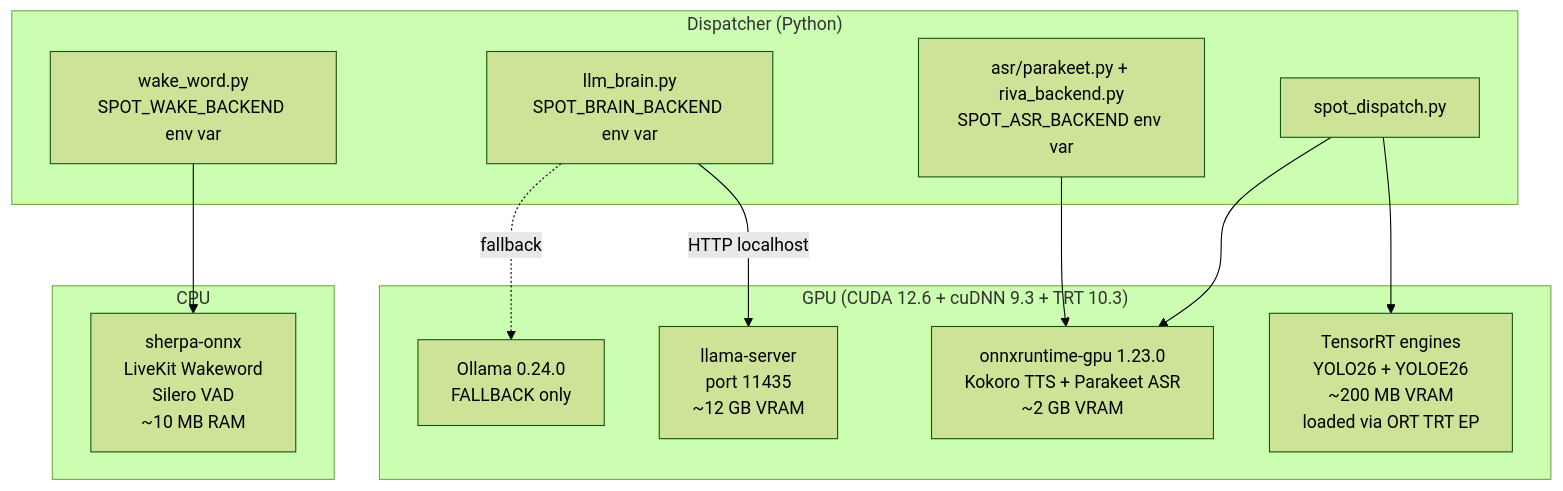
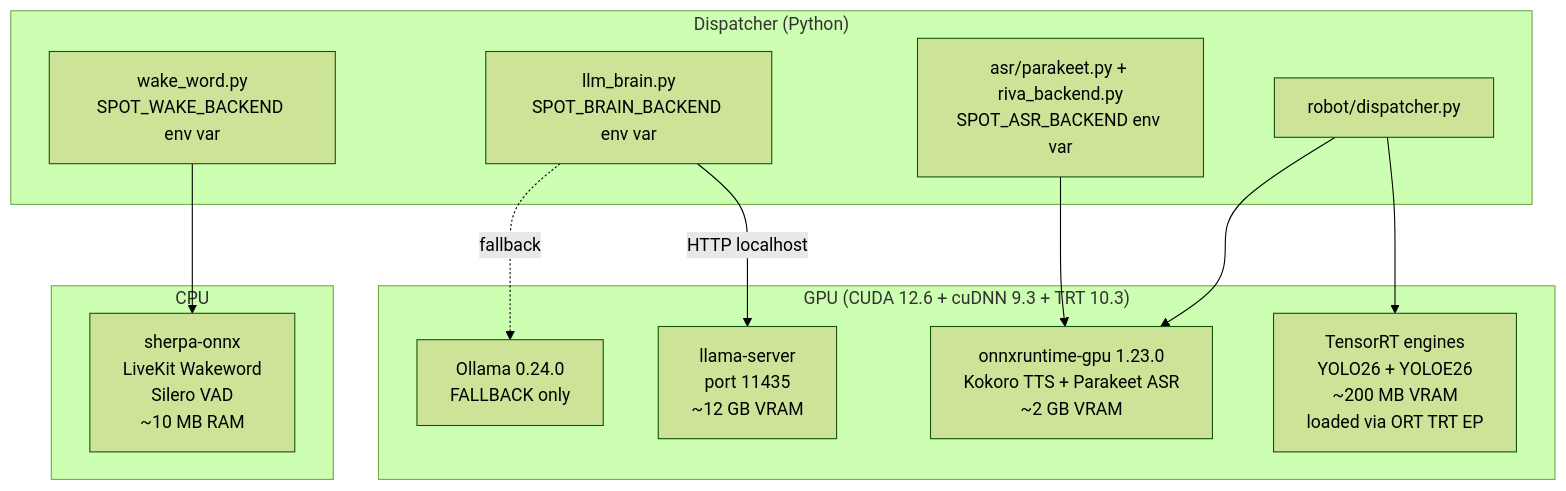
One commit to matteo-corrado/dartmouth_spot_capstone changed the third of 4 diagrams in docs/architecture/stage2-architecture.md. Above: the diagram before and after it, drawn with Mermaid (forest theme). The commit also changed other lines of this file and 16 other files, not shown here.

````diff
--- a/docs/architecture/stage2-architecture.md
+++ b/docs/architecture/stage2-architecture.md
@@ -132,25 +132,25 @@
 ```mermaid
 graph TB
     subgraph "GPU (CUDA 12.6 + cuDNN 9.3 + TRT 10.3)"
         OLLAMA_OFF[Ollama 0.24.0<br/>FALLBACK only]
         LLAMA[llama-server<br/>port 11435<br/>~12 GB VRAM]
         ORT[onnxruntime-gpu 1.23.0<br/>Kokoro TTS + Parakeet ASR<br/>~2 GB VRAM]
         TRT[TensorRT engines<br/>YOLO26 + YOLOE26<br/>~200 MB VRAM<br/>loaded via ORT TRT EP]
     end
     subgraph "CPU"
         SHERPA[sherpa-onnx<br/>LiveKit Wakeword<br/>Silero VAD<br/>~10 MB RAM]
     end
     subgraph "Dispatcher (Python)"
         BRAIN[llm_brain.py<br/>SPOT_BRAIN_BACKEND env var]
-        DISPATCH[spot_dispatch.py]
+        DISPATCH[robot/dispatcher.py]
         WAKE[wake_word.py<br/>SPOT_WAKE_BACKEND env var]
         ASR[asr/parakeet.py + riva_backend.py<br/>SPOT_ASR_BACKEND env var]
     end
 
     BRAIN -->|HTTP localhost| LLAMA
     BRAIN -.->|fallback| OLLAMA_OFF
     WAKE --> SHERPA
     ASR --> ORT
     DISPATCH --> TRT
     DISPATCH --> ORT
 ```
````
